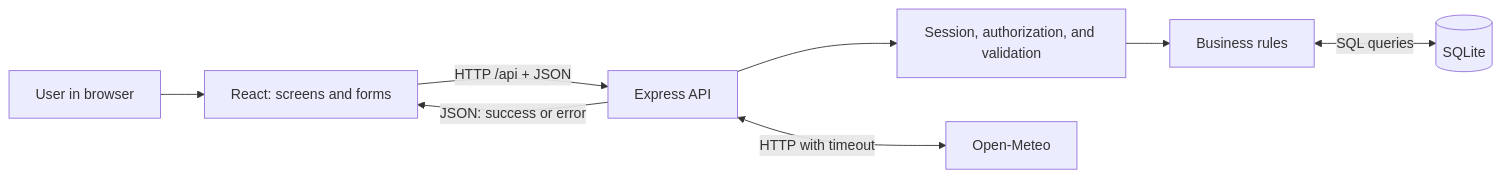
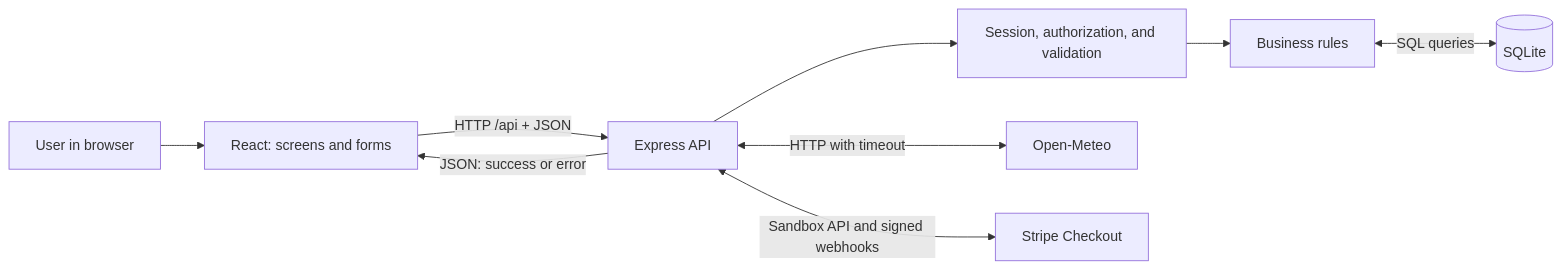
Before and after one commit to ShirFeld/StayFinder: the first of 2 diagrams in docs/architecture.md, drawn with Mermaid. The commit also changed other lines of this file and 26 other files, not shown here.

First line of the commit message:
feat: integrate payments into the booking flow

````diff
--- a/docs/architecture.md
+++ b/docs/architecture.md
@@ -21,10 +21,11 @@
 ```mermaid
 flowchart LR
     USER["User in browser"] --> UI["React: screens and forms"]
     UI -->|"HTTP /api + JSON"| API["Express API"]
     API --> AUTH["Session, authorization, and validation"]
     AUTH --> LOGIC["Business rules"]
     LOGIC <-->|"SQL queries"| DB[("SQLite")]
     API <-->|"HTTP with timeout"| WEATHER["Open-Meteo"]
+    API <-->|"Sandbox API and signed webhooks"| STRIPE["Stripe Checkout"]
     API -->|"JSON: success or error"| UI
 ```
````
